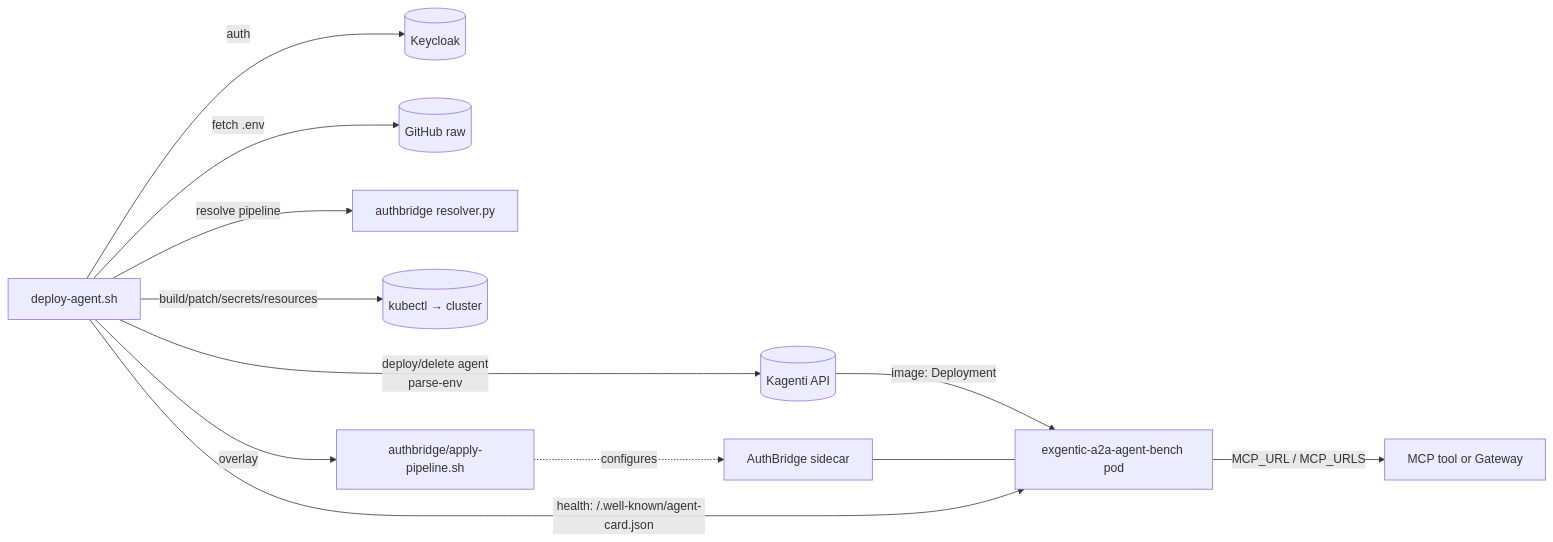
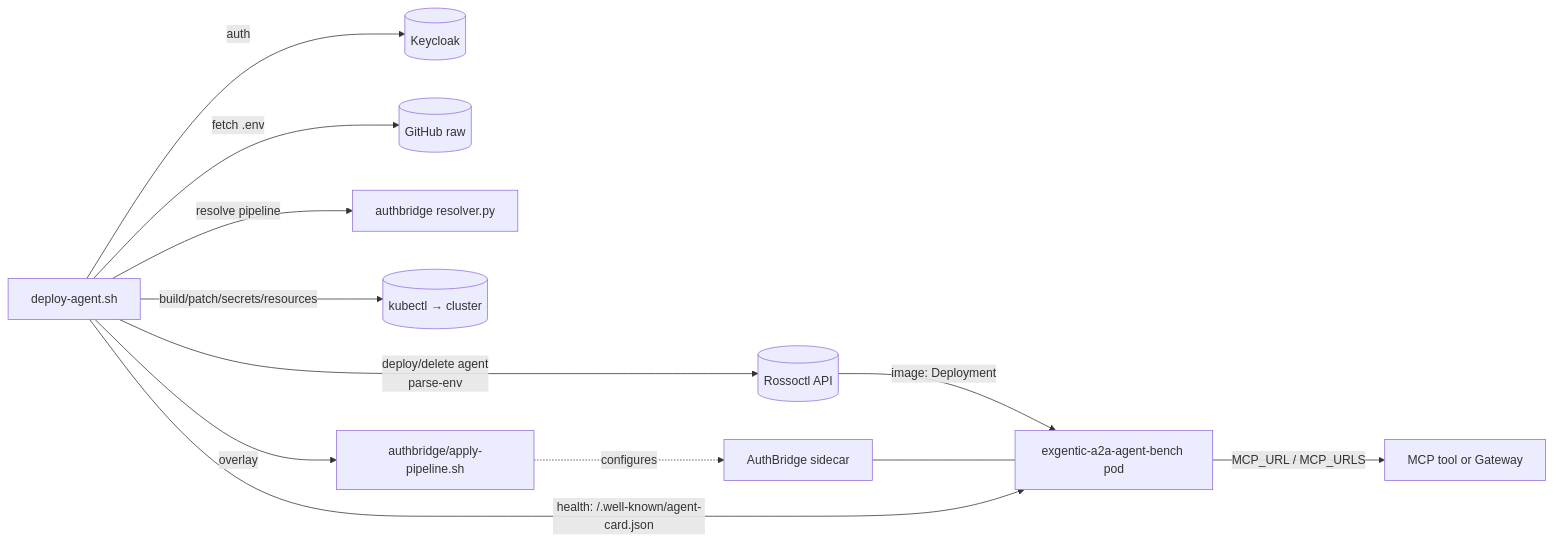
Before and after one commit to rossoctl/workload-harness: the sixth of 9 diagrams in exgentic_a2a_runner/docs/workflow-diagrams.md, drawn with Mermaid. The commit also changed other lines of this file and 17 other files, not shown here.

First line of the commit message:
rename: Kagenti → Rossoctl throughout scripts and docs

````diff
--- a/exgentic_a2a_runner/docs/workflow-diagrams.md
+++ b/exgentic_a2a_runner/docs/workflow-diagrams.md
@@ -250,15 +250,15 @@
 ```mermaid
 flowchart LR
     A[deploy-agent.sh] -->|auth| KC[(Keycloak)]
-    A -->|deploy/delete agent<br/>parse-env| KAG[(Kagenti API)]
+    A -->|deploy/delete agent<br/>parse-env| KAG[(Rossoctl API)]
     A -->|fetch .env| GH[(GitHub raw)]
     A -->|resolve pipeline| PY[authbridge resolver.py]
     A -->|build/patch/secrets/resources| KUBE[(kubectl → cluster)]
     A -->|overlay| AP[authbridge/apply-pipeline.sh]
 
     KAG -->|image: Deployment| AG[exgentic-a2a-agent-bench pod]
     AP -.->|configures| SC[AuthBridge sidecar]
     SC --- AG
     A -->|health: /.well-known/agent-card.json| AG
     AG -->|MCP_URL / MCP_URLS| MCP[MCP tool or Gateway]
 ```
````
